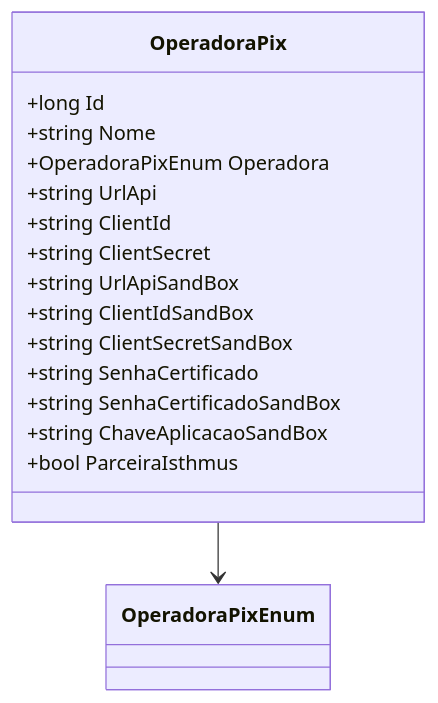
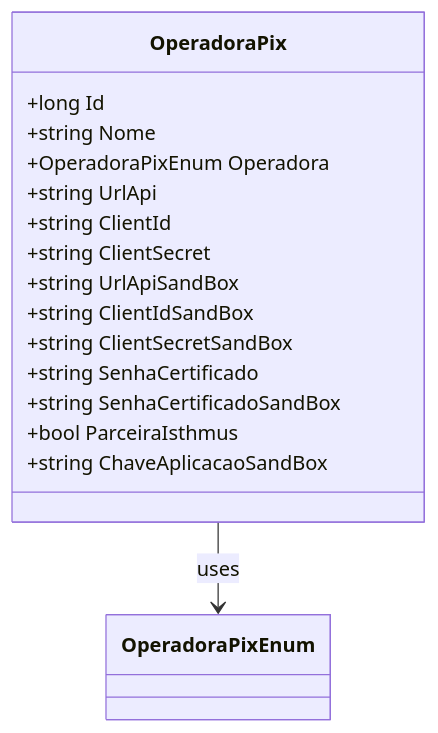
Before and after one commit to IsthmusSistemas/documentacao-tecnica: the diagram in docs/b2b-dominio/IsthmusWinthor.Nucleo/IsthmusWinthor.Dominio/Entidades/OperadoraPix.md, drawn with Mermaid. The commit also changed other lines of this file and 882 other files, not shown here.

````diff
--- a/docs/b2b-dominio/IsthmusWinthor.Nucleo/IsthmusWinthor.Dominio/Entidades/OperadoraPix.md
+++ b/docs/b2b-dominio/IsthmusWinthor.Nucleo/IsthmusWinthor.Dominio/Entidades/OperadoraPix.md
@@ -25,20 +28,20 @@
 ```mermaid
 classDiagram
     class OperadoraPix {
         +long Id
         +string Nome
         +OperadoraPixEnum Operadora
         +string UrlApi
         +string ClientId
         +string ClientSecret
         +string UrlApiSandBox
         +string ClientIdSandBox
         +string ClientSecretSandBox
         +string SenhaCertificado
         +string SenhaCertificadoSandBox
+        +bool ParceiraIsthmus
         +string ChaveAplicacaoSandBox
-        +bool ParceiraIsthmus
     }
     
-    OperadoraPix --> OperadoraPixEnum
+    OperadoraPix --> OperadoraPixEnum : uses
 ```
````
